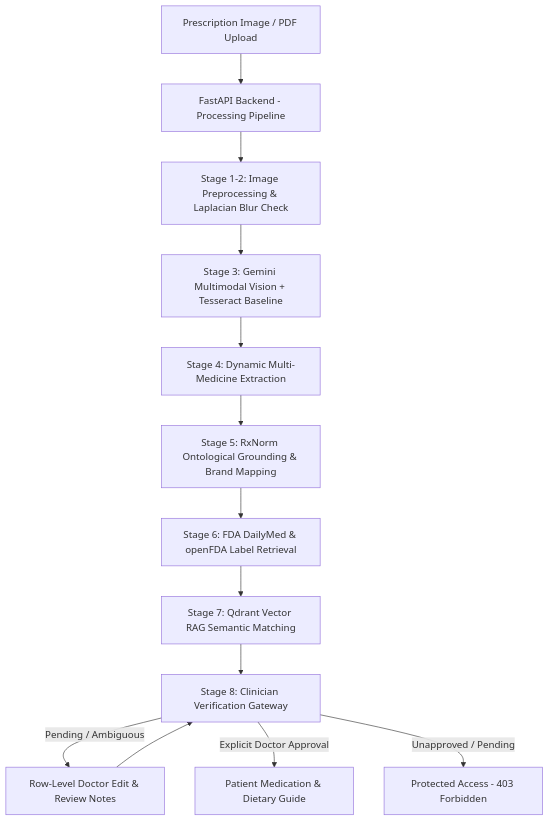
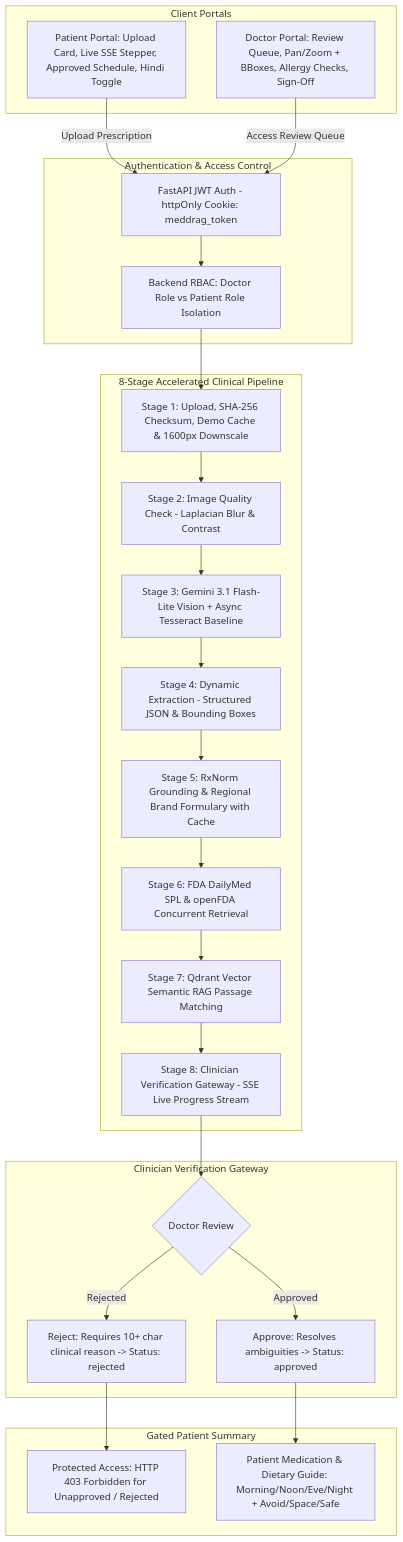
One commit to Aditya0188/MedRAG changed the diagram in README.md. Above: the diagram before and after it, drawn with Mermaid. The commit also changed other lines of this file and 31 other files, not shown here.

Commit message:
feat: complete MedDRAG two-role platform with live pipeline, auth RBAC, and developer settings

````diff
--- a/README.md
+++ b/README.md
@@ -26,15 +29,45 @@
 ```mermaid
 graph TD
-    A[Prescription Image / PDF Upload] --> B[FastAPI Backend - Processing Pipeline]
-    B --> C[Stage 1-2: Image Preprocessing & Laplacian Blur Check]
-    C --> D[Stage 3: Gemini Multimodal Vision + Tesseract Baseline]
-    D --> E[Stage 4: Dynamic Multi-Medicine Extraction]
-    E --> F[Stage 5: RxNorm Ontological Grounding & Brand Mapping]
-    F --> G[Stage 6: FDA DailyMed & openFDA Label Retrieval]
-    G --> H[Stage 7: Qdrant Vector RAG Semantic Matching]
-    H --> I[Stage 8: Clinician Verification Gateway]
-    I -->|Pending / Ambiguous| J[Row-Level Doctor Edit & Review Notes]
-    J --> I
-    I -->|Explicit Doctor Approval| K[Patient Medication & Dietary Guide]
-    I -->|Unapproved / Pending| L[Protected Access - 403 Forbidden]
+    subgraph Client Portals
+        DP[Doctor Portal: Review Queue, Pan/Zoom + BBoxes, Allergy Checks, Sign-Off]
+        PP[Patient Portal: Upload Card, Live SSE Stepper, Approved Schedule, Hindi Toggle]
+    end
+
+    subgraph Authentication & Access Control
+        AUTH[FastAPI JWT Auth - httpOnly Cookie: meddrag_token]
+        RBAC[Backend RBAC: Doctor Role vs Patient Role Isolation]
+    end
+
+    subgraph 8-Stage Accelerated Clinical Pipeline
+        S1[Stage 1: Upload, SHA-256 Checksum, Demo Cache & 1600px Downscale]
+        S2[Stage 2: Image Quality Check - Laplacian Blur & Contrast]
+        S3[Stage 3: Gemini 3.1 Flash-Lite Vision + Async Tesseract Baseline]
+        S4[Stage 4: Dynamic Extraction - Structured JSON & Bounding Boxes]
+        S5[Stage 5: RxNorm Grounding & Regional Brand Formulary with Cache]
+        S6[Stage 6: FDA DailyMed SPL & openFDA Concurrent Retrieval]
+        S7[Stage 7: Qdrant Vector Semantic RAG Passage Matching]
+        S8[Stage 8: Clinician Verification Gateway - SSE Live Progress Stream]
+    end
+
+    subgraph Clinician Verification Gateway
+        GATE{Doctor Review}
+        REJ[Reject: Requires 10+ char clinical reason -> Status: rejected]
+        APP[Approve: Resolves ambiguities -> Status: approved]
+    end
+
+    subgraph Gated Patient Summary
+        BLOCK[Protected Access: HTTP 403 Forbidden for Unapproved / Rejected]
+        SUMMARY[Patient Medication & Dietary Guide: Morning/Noon/Eve/Night + Avoid/Space/Safe]
+    end
+
+    PP -->|Upload Prescription| AUTH
+    DP -->|Access Review Queue| AUTH
+    AUTH --> RBAC
+    RBAC --> S1
+    S1 --> S2 --> S3 --> S4 --> S5 --> S6 --> S7 --> S8
+    S8 --> GATE
+    GATE -->|Rejected| REJ
+    GATE -->|Approved| APP
+    APP --> SUMMARY
+    REJ --> BLOCK
 ```
````
